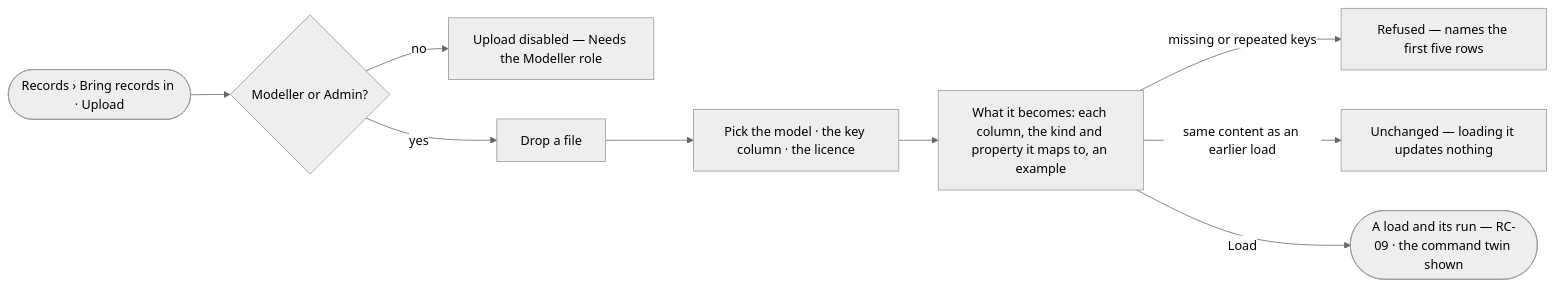
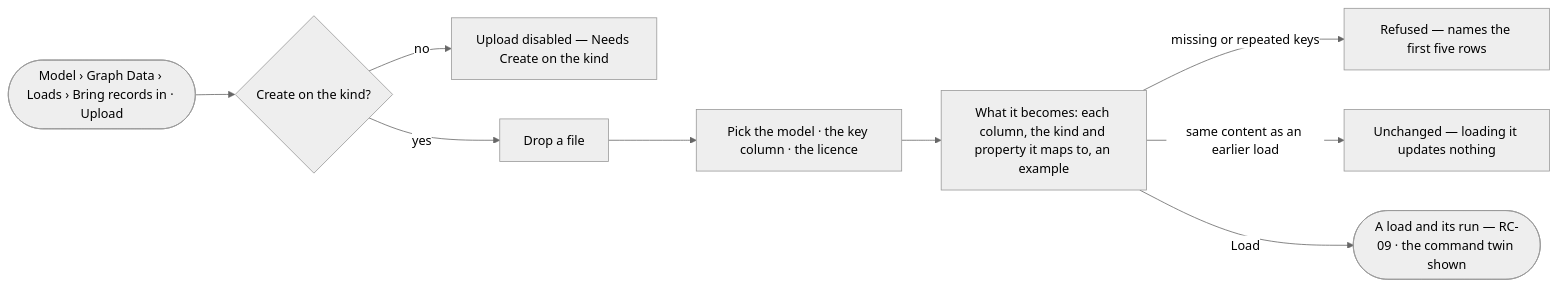
Before and after one commit to invana/invana: the diagram in specs/capabilities/records/features/RC-F02-bring-records-in/stories/RC-08-upload-a-file-into-a-model/story.md, drawn with Mermaid (neutral theme). The commit also changed other lines of this file and 456 other files, not shown here.

````diff
--- a/specs/capabilities/records/features/RC-F02-bring-records-in/stories/RC-08-upload-a-file-into-a-model/story.md
+++ b/specs/capabilities/records/features/RC-F02-bring-records-in/stories/RC-08-upload-a-file-into-a-model/story.md
@@ -28,11 +29,11 @@
 ```mermaid
 flowchart LR
-  a([Records › Bring records in · Upload]) --> g{Modeller or Admin?}
-  g -->|no| na["Upload disabled — Needs the Modeller role"]
+  a([Model › Graph Data › Loads › Bring records in · Upload]) --> g{Create on the kind?}
+  g -->|no| na["Upload disabled — Needs Create on the kind"]
   g -->|yes| f["Drop a file"]
   f --> m["Pick the model · the key column · the licence"]
   m --> p["What it becomes: each column, the kind and property it maps to, an example"]
   p -->|missing or repeated keys| x["Refused — names the first five rows"]
   p -->|same content as an earlier load| u["Unchanged — loading it updates nothing"]
   p -->|Load| run(["A load and its run — RC-09 · the command twin shown"])
 ```
````
